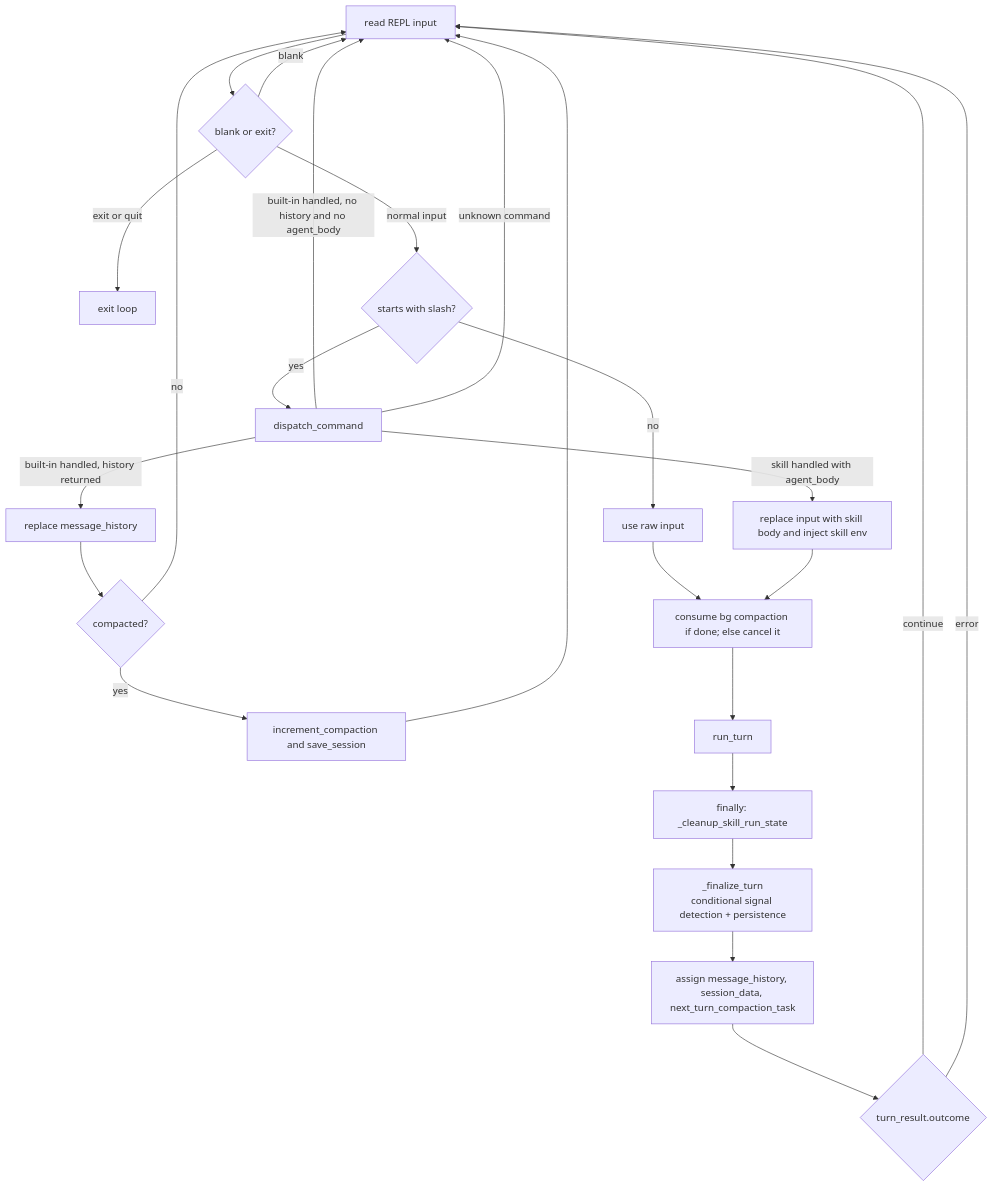
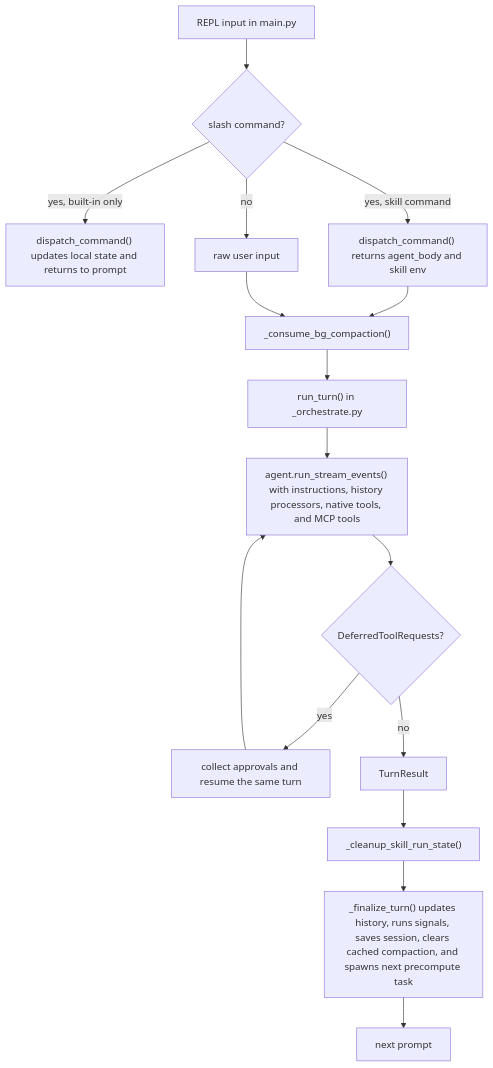
Before and after one commit to binlecode/co-cli: the first of 3 diagrams in docs/DESIGN-core-loop.md, drawn with Mermaid. The commit also changed other lines of this file and 15 other files, not shown here.

````diff
--- a/docs/DESIGN-core-loop.md
+++ b/docs/DESIGN-core-loop.md
@@ -102,30 +15,20 @@
 ```mermaid
 flowchart TD
-    A[read REPL input] --> B{blank or exit?}
-    B -->|blank| A
-    B -->|exit or quit| Z[exit loop]
-    B -->|normal input| C{starts with slash?}
+    A["REPL input in main.py"] --> B{"slash command?"}
+    B -->|yes, built-in only| C["dispatch_command() updates local state and returns to prompt"]
+    B -->|yes, skill command| D["dispatch_command() returns agent_body and skill env"]
+    B -->|no| E["raw user input"]
 
-    C -->|no| D[use raw input]
-    C -->|yes| E[dispatch_command]
+    D --> F["_consume_bg_compaction()"]
+    E --> F
+    F --> G["run_turn() in _orchestrate.py"]
+    G --> H["agent.run_stream_events() with instructions, history processors, native tools, and MCP tools"]
+    H --> I{"DeferredToolRequests?"}
+    I -->|yes| J["collect approvals and resume the same turn"]
+    J --> H
+    I -->|no| K["TurnResult"]
 
-    E -->|built-in handled, history returned| E1[replace message_history]
-    E1 --> E2{compacted?}
-    E2 -->|yes| E3[increment_compaction and save_session]
-    E2 -->|no| A
-    E3 --> A
-    E -->|built-in handled, no history and no agent_body| A
-    E -->|skill handled with agent_body| F[replace input with skill body and inject skill env]
-    E -->|unknown command| A
-
-    D --> G[consume bg compaction if done; else cancel it]
-    F --> G
-
-    G --> H[run_turn]
-    H --> I[finally: _cleanup_skill_run_state]
-    I --> J[_finalize_turn<br/>conditional signal detection + persistence]
-    J --> K[assign message_history, session_data, next_turn_compaction_task]
-    K --> L{turn_result.outcome}
-    L -->|continue| A
-    L -->|error| A
+    K --> L["_cleanup_skill_run_state()"]
+    L --> M["_finalize_turn() updates history, runs signals, saves session, clears cached compaction, and spawns next precompute task"]
+    M --> N["next prompt"]
 ```
````
